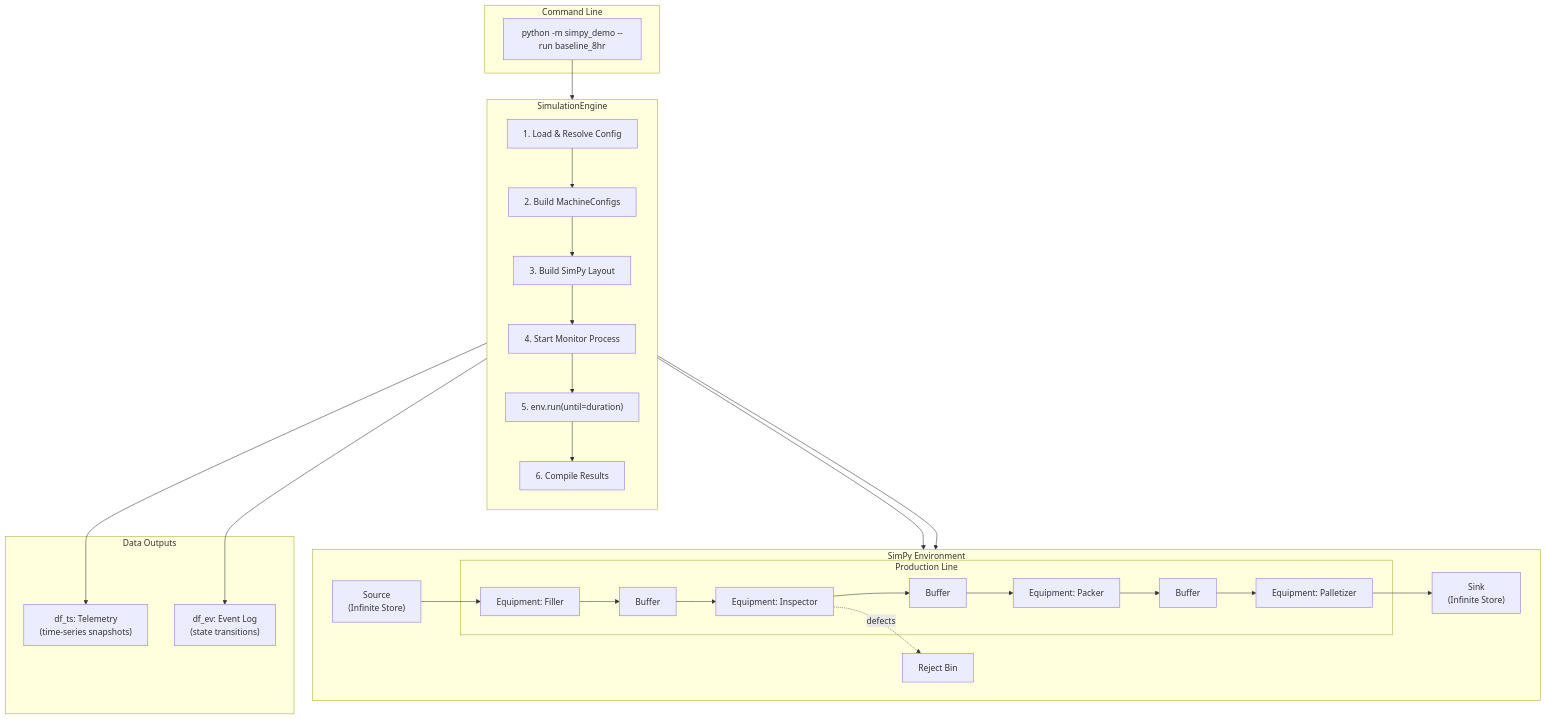
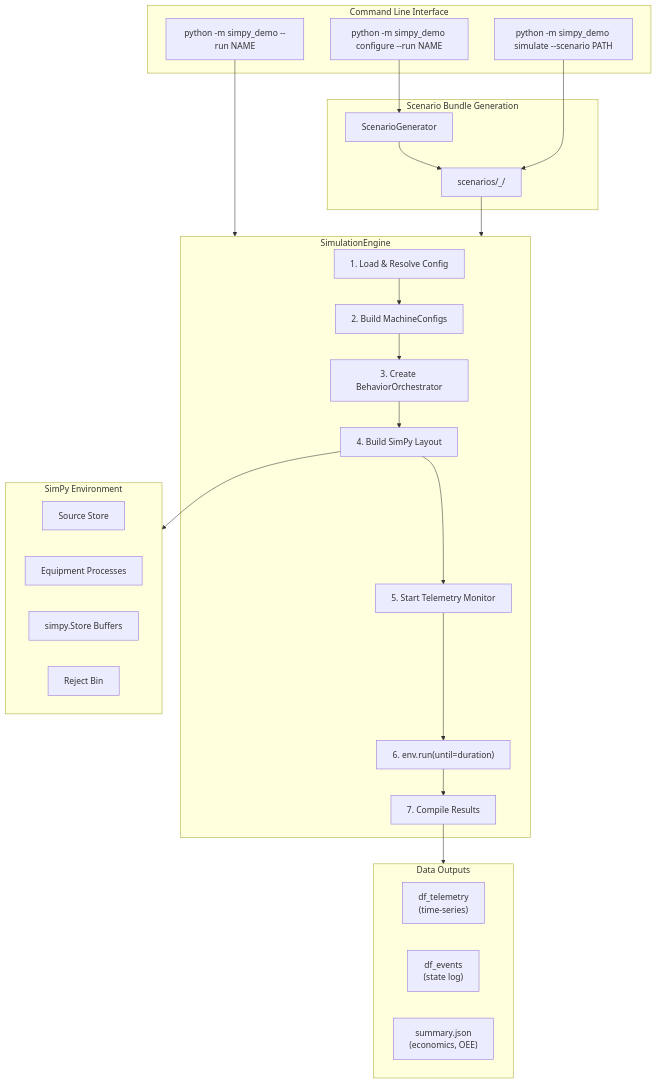
One commit to mcfitzgerald/virtual-twin changed the second of 10 diagrams in docs/architecture.md. Above: the diagram before and after it, drawn with Mermaid. The commit also changed other lines of this file and 25 other files, not shown here.

````diff
--- a/docs/architecture.md
+++ b/docs/architecture.md
@@ -46,50 +66,44 @@
 ```mermaid
 flowchart TB
-    subgraph CLI ["Command Line"]
-        Args["python -m simpy_demo --run baseline_8hr"]
+    subgraph CLI ["Command Line Interface"]
+        Direct["python -m simpy_demo --run NAME"]
+        Configure["python -m simpy_demo configure --run NAME"]
+        Simulate["python -m simpy_demo simulate --scenario PATH"]
+    end
+
+    subgraph Codegen ["Scenario Bundle Generation"]
+        Generator["ScenarioGenerator"]
+        Bundle["scenarios/<name>_<timestamp>/"]
     end
 
     subgraph Engine ["SimulationEngine"]
-        direction TB
         Load["1. Load & Resolve Config"]
         BuildConfigs["2. Build MachineConfigs"]
-        BuildLayout["3. Build SimPy Layout"]
-        StartMonitor["4. Start Monitor Process"]
-        RunSim["5. env.run(until=duration)"]
-        Compile["6. Compile Results"]
+        CreateOrch["3. Create BehaviorOrchestrator"]
+        BuildLayout["4. Build SimPy Layout"]
+        StartMonitor["5. Start Telemetry Monitor"]
+        RunSim["6. env.run(until=duration)"]
+        Compile["7. Compile Results"]
 
-        Load --> BuildConfigs --> BuildLayout --> StartMonitor --> RunSim --> Compile
+        Load --> BuildConfigs --> CreateOrch --> BuildLayout --> StartMonitor --> RunSim --> Compile
     end
 
     subgraph SimPyEnv ["SimPy Environment"]
-        Source["Source<br/>(Infinite Store)"]
-
-        subgraph Line ["Production Line"]
-            Filler["Equipment: Filler"]
-            Buf1["Buffer"]
-            Inspector["Equipment: Inspector"]
-            Buf2["Buffer"]
-            Packer["Equipment: Packer"]
-            Buf3["Buffer"]
-            Palletizer["Equipment: Palletizer"]
-        end
-
-        Sink["Sink<br/>(Infinite Store)"]
+        Source["Source Store"]
+        Line["Equipment Processes"]
+        Buffers["simpy.Store Buffers"]
         Reject["Reject Bin"]
-
-        Source --> Filler --> Buf1 --> Inspector --> Buf2 --> Packer --> Buf3 --> Palletizer --> Sink
-        Inspector -.->|defects| Reject
     end
 
-    Args --> Engine
-    BuildLayout --> SimPyEnv
-    RunSim --> SimPyEnv
-
     subgraph Outputs ["Data Outputs"]
-        Telemetry["df_ts: Telemetry<br/>(time-series snapshots)"]
-        Events["df_ev: Event Log<br/>(state transitions)"]
+        Telemetry["df_telemetry<br/>(time-series)"]
+        Events["df_events<br/>(state log)"]
+        Summary["summary.json<br/>(economics, OEE)"]
     end
 
-    Compile --> Telemetry
-    Compile --> Events
+    Direct --> Engine
+    Configure --> Generator --> Bundle
+    Simulate --> Bundle --> Engine
+    BuildLayout --> SimPyEnv
+    Compile --> Outputs
 ```
````
